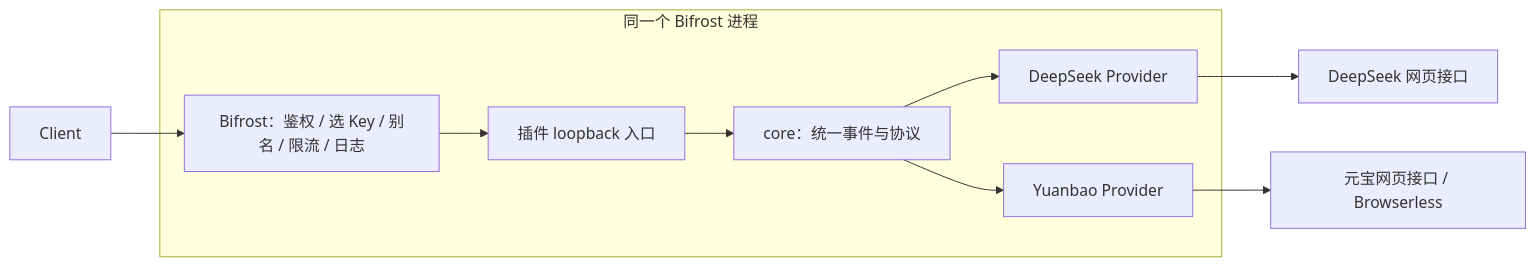
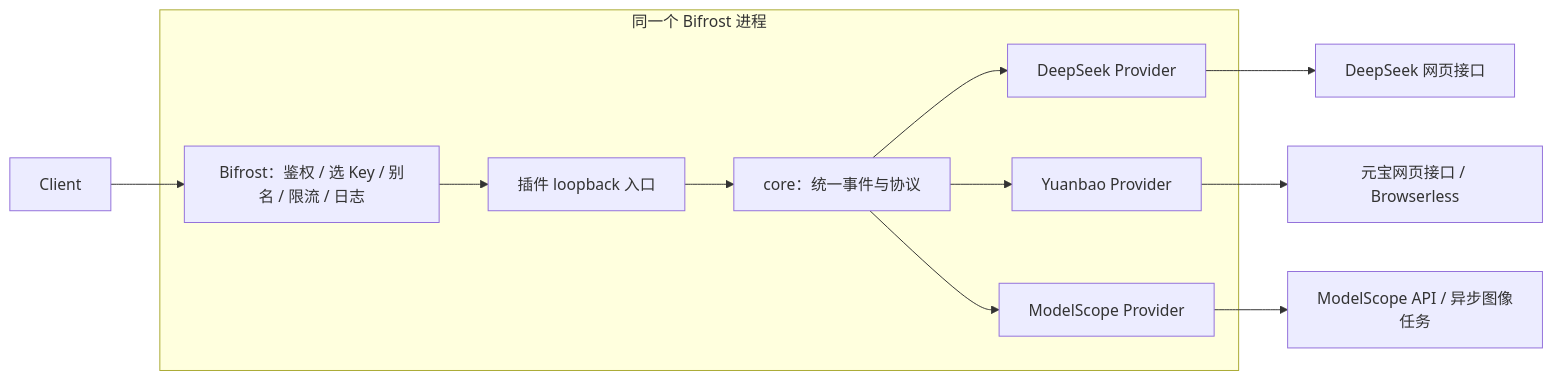
The diagram in README.md (WebLLmTech/bifrost-web-providers), drawn with Mermaid before and after one commit. The commit also changed other lines of this file and 15 other files, not shown here.

Commit message:
Migrate existing ModelScope adapter into the shared Bifrost plugin

````diff
--- a/README.md
+++ b/README.md
@@ -37,12 +38,14 @@
 ```mermaid
 flowchart LR
   Client --> Bifrost["Bifrost：鉴权 / 选 Key / 别名 / 限流 / 日志"]
   subgraph Process["同一个 Bifrost 进程"]
     Bifrost --> Entry["插件 loopback 入口"]
     Entry --> Core["core：统一事件与协议"]
     Core --> DeepSeek[DeepSeek Provider]
     Core --> Yuanbao[Yuanbao Provider]
+    Core --> ModelScope[ModelScope Provider]
   end
   DeepSeek --> DeepSeekWeb[DeepSeek 网页接口]
   Yuanbao --> YuanbaoWeb[元宝网页接口 / Browserless]
+  ModelScope --> ModelScopeAPI[ModelScope API / 异步图像任务]
 ```
````
